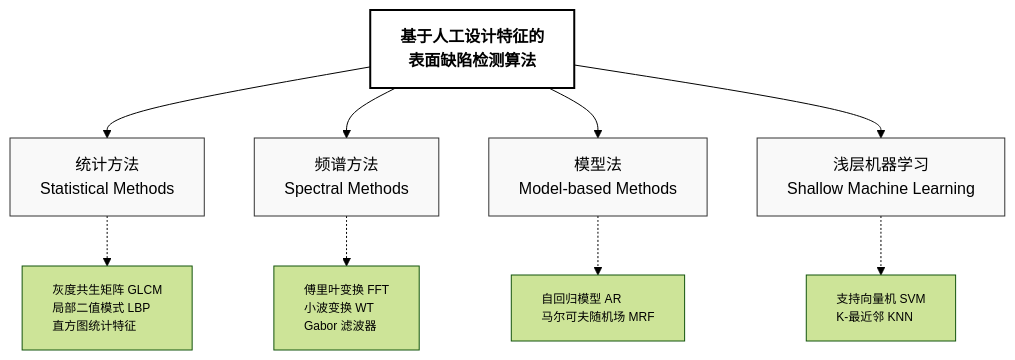
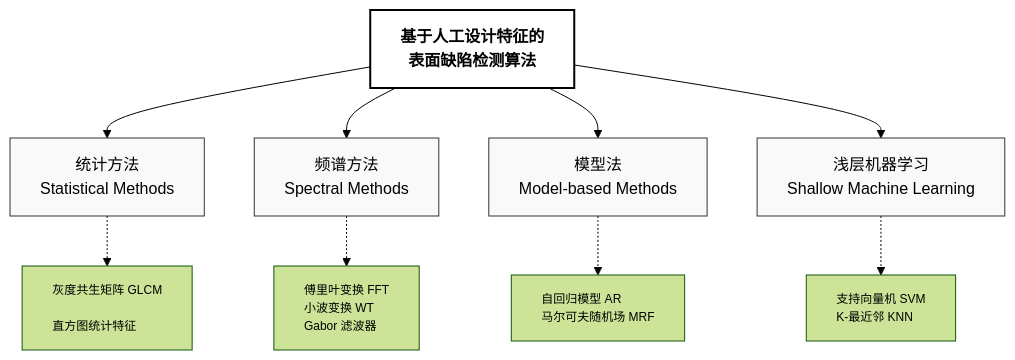
One commit to MAOSHENGsong/iodraw-files changed the diagram in all/未命名-1.md. Above: the diagram before and after it, drawn with Mermaid (forest theme).

Commit message:
2026-03-17 18:26:17 update

````diff
--- a/all/未命名-1.md
+++ b/all/未命名-1.md
@@ -1,43 +1,43 @@
 ```mermaid
 graph TB
     %% 核心标题
     Main[
     基于人工设计特征的
     表面缺陷检测算法] 
     
     %% 第一层级：四大分支
     Statistical[统计方法<br/>Statistical Methods]
     Spectral[频谱方法<br/>Spectral Methods]
     Model[模型法<br/>Model-based Methods]
     Machine[浅层机器学习<br/>Shallow Machine Learning]
 
     %% 第二层级：典型算法
-    Sub_Stat[灰度共生矩阵 GLCM<br/>局部二值模式 LBP<br/>直方图统计特征]
+    Sub_Stat[灰度共生矩阵 GLCM<br/><br/>直方图统计特征]
     Sub_Spec[傅里叶变换 FFT<br/>小波变换 WT<br/>Gabor 滤波器]
     Sub_Mod[自回归模型 AR<br/>马尔可夫随机场 MRF<br/>]
     Sub_Mach[支持向量机 SVM<br/>K-最近邻 KNN]
 
     %% 建立连接
     Main --> Statistical
     Main --> Spectral
     Main --> Model
     Main --> Machine
 
     Statistical -.-> Sub_Stat
     Spectral -.-> Sub_Spec
     Model -.-> Sub_Mod
     Machine -.-> Sub_Mach
 
     %% 样式美化：论文通常使用白底黑字或淡色调
     style Main fill:#ffffff,stroke:#000,stroke-width:2px,font-weight:bold
     style Statistical fill:#f9f9f9,stroke:#333,stroke-width:1px
     style Spectral fill:#f9f9f9,stroke:#333,stroke-width:1px
     style Model fill:#f9f9f9,stroke:#333,stroke-width:1px
     style Machine fill:#f9f9f9,stroke:#333,stroke-width:1px
     
     %% 细化子项样式
     style Sub_Stat font-size:12px,text-align:left
     style Sub_Spec font-size:12px,text-align:left
     style Sub_Mod font-size:12px,text-align:left
     style Sub_Mach font-size:12px,text-align:left
 ```
````
